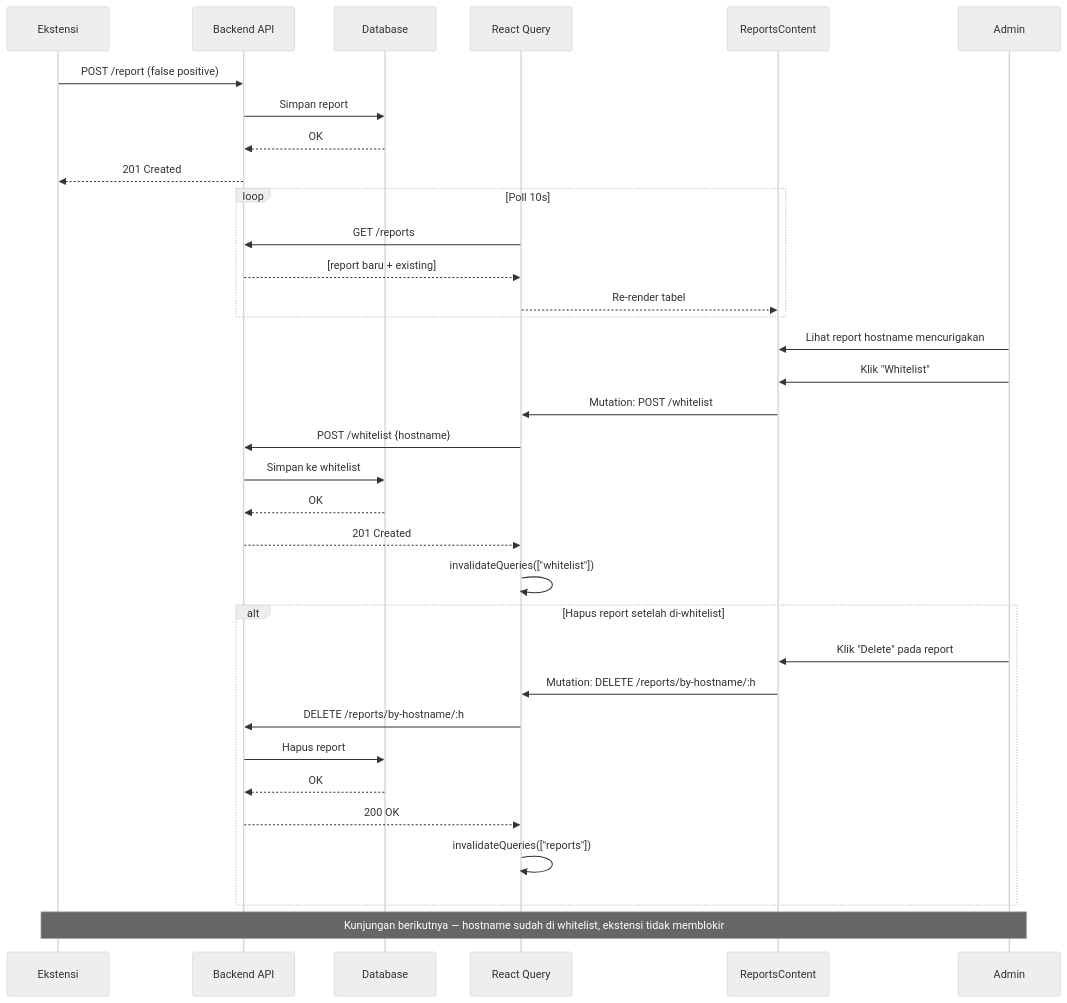
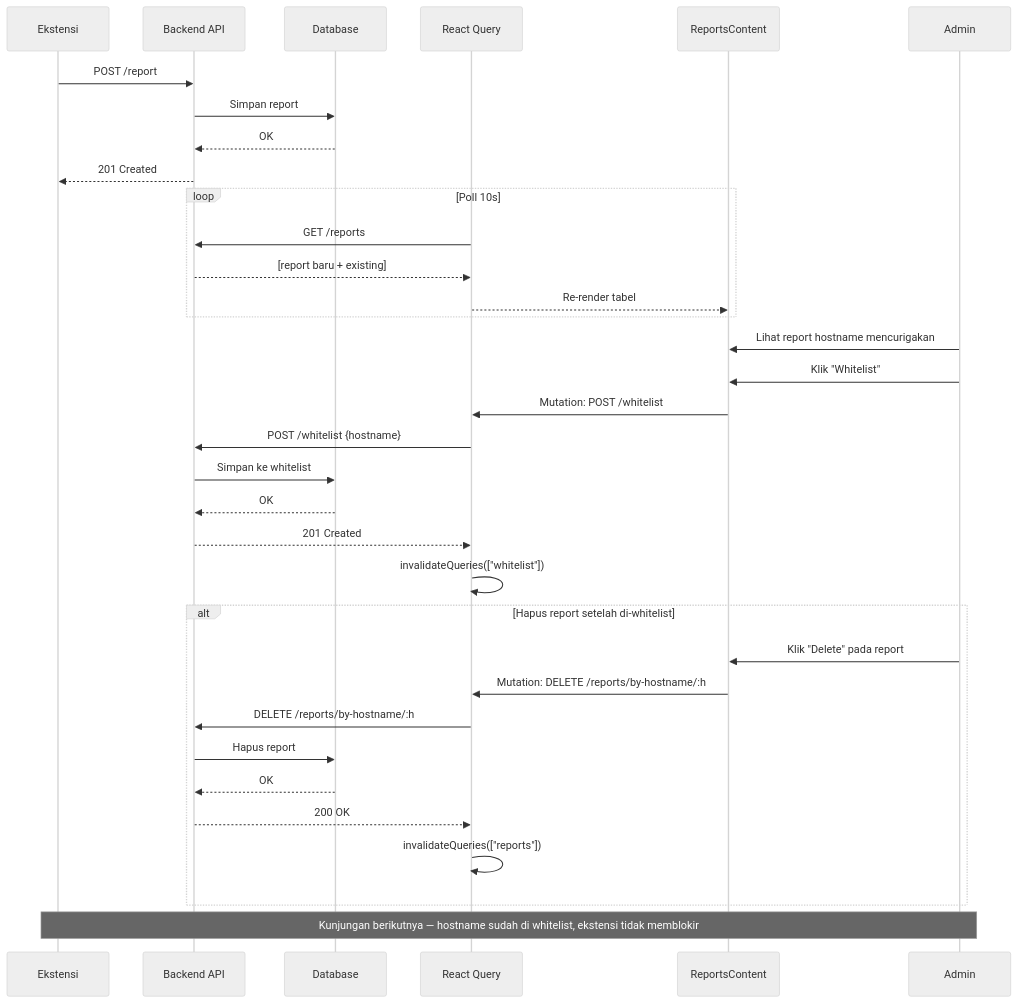
One commit to rizkyfauziilmi/gambling-blocker changed the second of 3 diagrams in client/dashboard/README.md. Above: the diagram before and after it, drawn with Mermaid (neutral theme). The commit also changed 4 other files, not shown here.

Commit message:
rename endpoint POST /report/false-positive -> /report, sinkronkan client dan docs

````diff
--- a/client/dashboard/README.md
+++ b/client/dashboard/README.md
@@ -141,42 +141,42 @@
 ```mermaid
 sequenceDiagram
     participant Ext as Ekstensi
     participant BE as Backend API
     participant DB as Database
     participant Hooks as React Query
     participant UI as ReportsContent
     participant Admin
 
-    Ext->>BE: POST /report (false positive)
+    Ext->>BE: POST /report
     BE->>DB: Simpan report
     DB-->>BE: OK
     BE-->>Ext: 201 Created
 
     loop Poll 10s
         Hooks->>BE: GET /reports
         BE-->>Hooks: [report baru + existing]
         Hooks-->>UI: Re-render tabel
     end
 
     Admin->>UI: Lihat report hostname mencurigakan
     Admin->>UI: Klik "Whitelist"
 
     UI->>Hooks: Mutation: POST /whitelist
     Hooks->>BE: POST /whitelist {hostname}
     BE->>DB: Simpan ke whitelist
     DB-->>BE: OK
     BE-->>Hooks: 201 Created
     Hooks->>Hooks: invalidateQueries(["whitelist"])
 
     alt Hapus report setelah di-whitelist
         Admin->>UI: Klik "Delete" pada report
         UI->>Hooks: Mutation: DELETE /reports/by-hostname/:h
         Hooks->>BE: DELETE /reports/by-hostname/:h
         BE->>DB: Hapus report
         DB-->>BE: OK
         BE-->>Hooks: 200 OK
         Hooks->>Hooks: invalidateQueries(["reports"])
     end
 
     Note over Ext,Admin: Kunjungan berikutnya — hostname sudah di whitelist, ekstensi tidak memblokir
 ```
````
